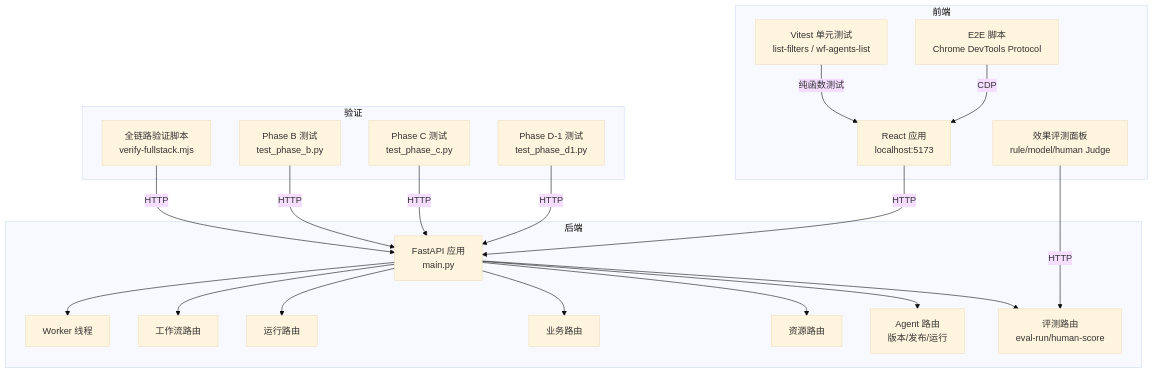
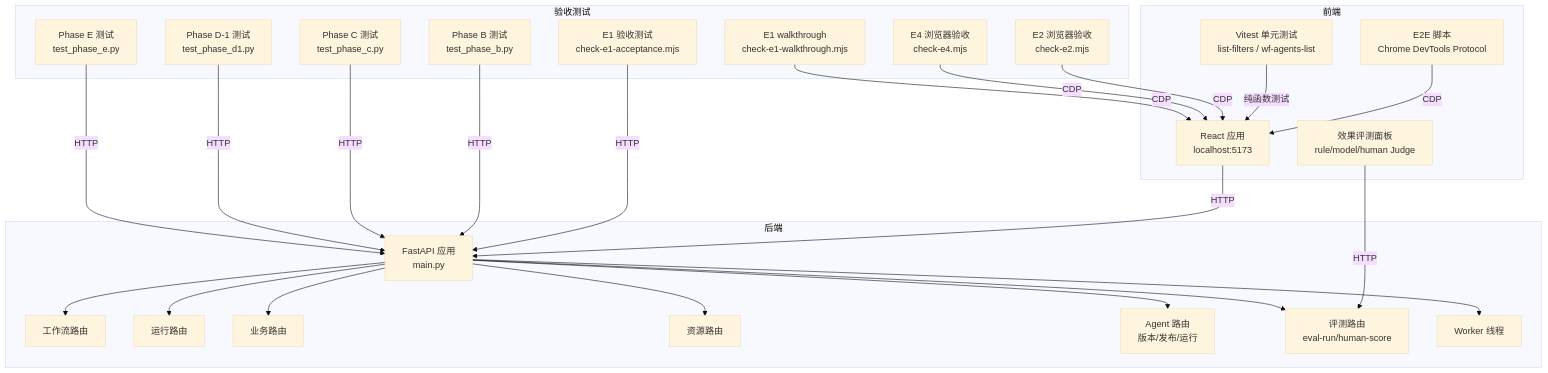
One commit to huiliuxu780/MoreThanCorn changed the first of 2 diagrams in .qoder/repowiki/zh/content/测试与验证体系.md. Above: the diagram before and after it, drawn with Mermaid (base theme). The commit also changed other lines of this file and 147 other files, not shown here.

````diff
--- a/.qoder/repowiki/zh/content/测试与验证体系.md
+++ b/.qoder/repowiki/zh/content/测试与验证体系.md
@@ -63,40 +70,48 @@
 ```mermaid
 graph TB
 subgraph "后端"
 A["FastAPI 应用<br/>main.py"]
 R1["工作流路由"]
 R2["运行路由"]
 R3["业务路由"]
 R4["资源路由"]
 R5["Agent 路由<br/>版本/发布/运行"]
 R6["评测路由<br/>eval-run/human-score"]
 W["Worker 线程"]
 end
 subgraph "前端"
 FE["React 应用<br/>localhost:5173"]
 VT["Vitest 单元测试<br/>list-filters / wf-agents-list"]
 EP["效果评测面板<br/>rule/model/human Judge"]
 E2E["E2E 脚本<br/>Chrome DevTools Protocol"]
 end
-subgraph "验证"
-VS["全链路验证脚本<br/>verify-fullstack.mjs"]
+subgraph "验收测试"
+E1["E1 验收测试<br/>check-e1-acceptance.mjs"]
+E2["E2 浏览器验收<br/>check-e2.mjs"]
+E4["E4 浏览器验收<br/>check-e4.mjs"]
+WT["E1 walkthrough<br/>check-e1-walkthrough.mjs"]
 TB["Phase B 测试<br/>test_phase_b.py"]
 TC["Phase C 测试<br/>test_phase_c.py"]
 TD["Phase D-1 测试<br/>test_phase_d1.py"]
+TE["Phase E 测试<br/>test_phase_e.py"]
 end
 FE --> |HTTP| A
 E2E --> |CDP| FE
 VT --> |纯函数测试| FE
 EP --> |HTTP| R6
-VS --> |HTTP| A
+E1 --> |HTTP| A
+E2 --> |CDP| FE
+E4 --> |CDP| FE
+WT --> |CDP| FE
 TB --> |HTTP| A
 TC --> |HTTP| A
 TD --> |HTTP| A
+TE --> |HTTP| A
 A --> W
 A --> R1
 A --> R2
 A --> R3
 A --> R4
 A --> R5
 A --> R6
 ```
````
